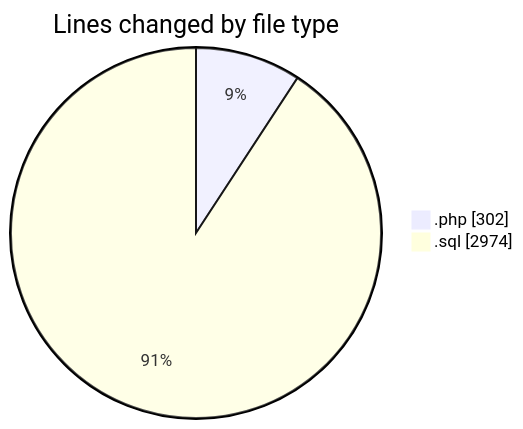
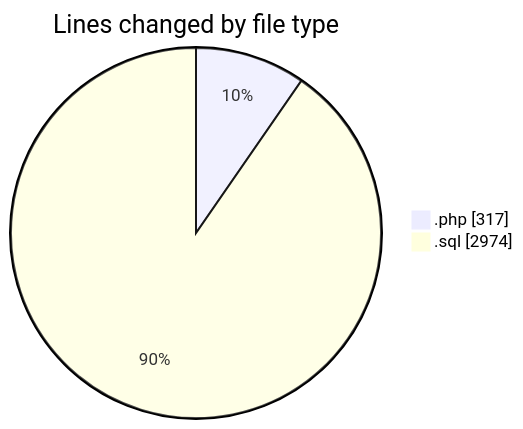
One commit to LanceThiago/code-tracking changed the first of 2 diagrams in 2026-02-06/enviar_facturas/README.md. Above: the diagram before and after it, drawn with Mermaid. The commit also changed other lines of this file and 1 other file, not shown here.

````diff
--- a/2026-02-06/enviar_facturas/README.md
+++ b/2026-02-06/enviar_facturas/README.md
@@ -21,6 +21,6 @@
 ```mermaid
 pie showData
 title Lines changed by file type
-".php" : 302
+".php" : 317
 ".sql" : 2974
 ```
````
